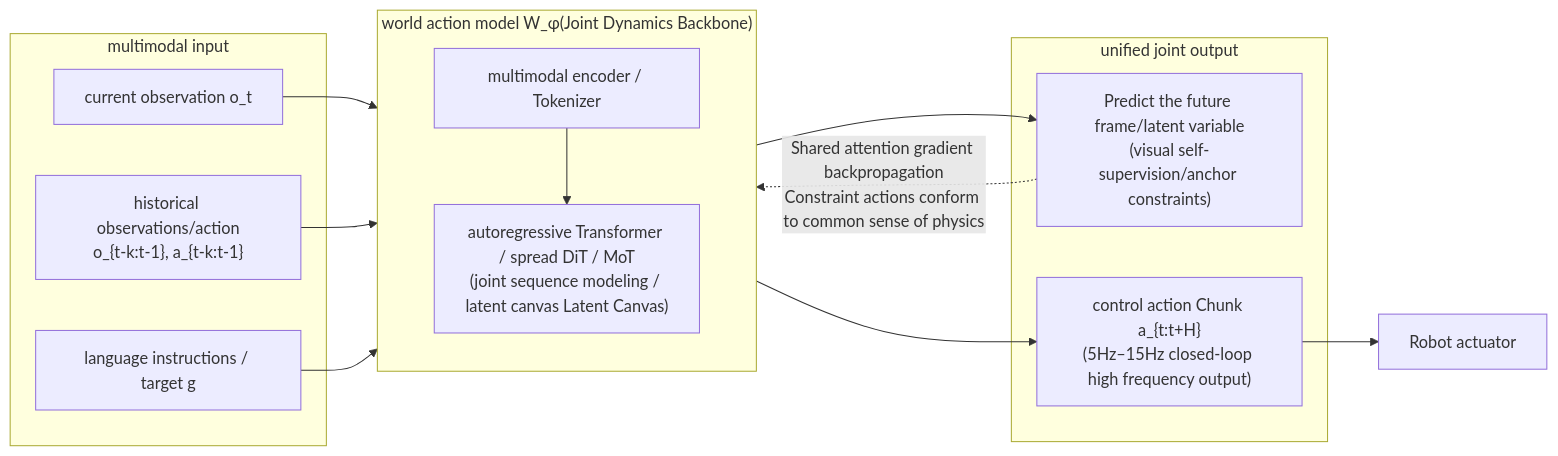
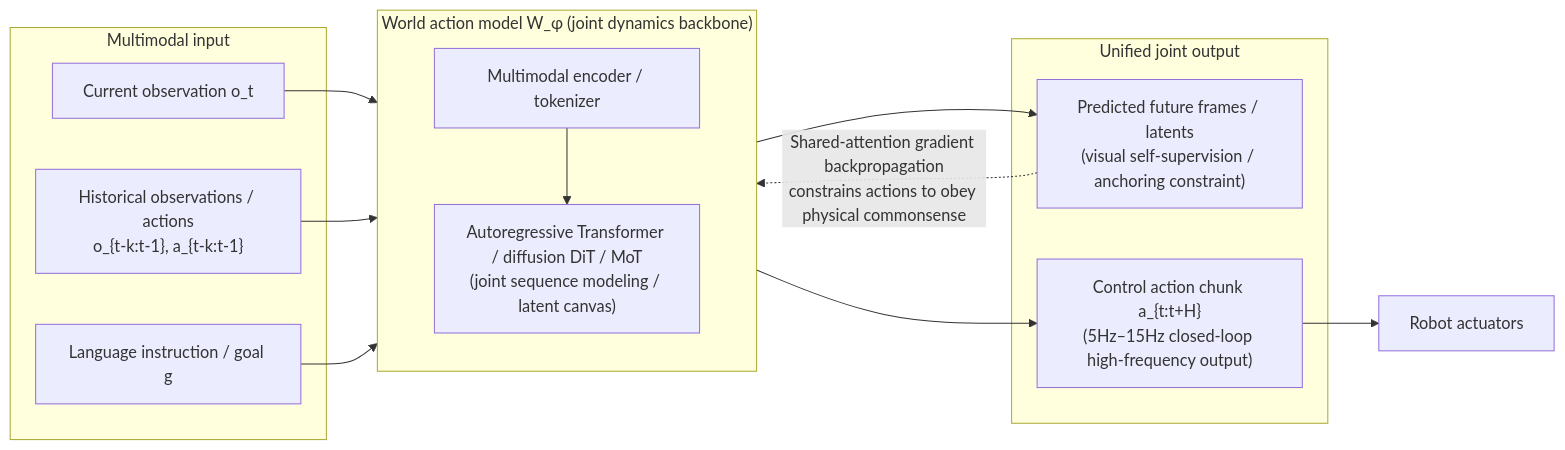
The sixth of 11 diagrams in _translations/en/research/World-Models-Survey.md (TingdeLiu/tingdeliu.github.io), drawn with Mermaid before and after one commit. The commit also changed other lines of this file and 51 other files, not shown here.

````diff
--- a/_translations/en/research/World-Models-Survey.md
+++ b/_translations/en/research/World-Models-Survey.md
@@ -1200,23 +1200,23 @@
 ```mermaid
 flowchart LR
-    subgraph IN["multimodal input"]
-        O_t["current observation o_t"]
-        H["historical observations/action<br/>o_{t-k:t-1}, a_{t-k:t-1}"]
-        L["language instructions / target g"]
+    subgraph IN["Multimodal input"]
+        O_t["Current observation o_t"]
+        H["Historical observations / actions<br/>o_{t-k:t-1}, a_{t-k:t-1}"]
+        L["Language instruction / goal g"]
     end
-    subgraph WM["world action model W_φ(Joint Dynamics Backbone)"]
+    subgraph WM["World action model W_φ (joint dynamics backbone)"]
         direction TB
-        Enc["multimodal encoder / Tokenizer"] --> Joint["autoregressive Transformer / spread DiT / MoT\n(joint sequence modeling / latent canvas Latent Canvas)"]
+        Enc["Multimodal encoder / tokenizer"] --> Joint["Autoregressive Transformer / diffusion DiT / MoT\n(joint sequence modeling / latent canvas)"]
     end
-    subgraph OUT["unified joint output"]
-        O1["Predict the future frame/latent variable\n(visual self-supervision/anchor constraints)"]
-        A1["control action Chunk a_{t:t+H}\n(5Hz–15Hz closed-loop high frequency output)"]
+    subgraph OUT["Unified joint output"]
+        O1["Predicted future frames / latents\n(visual self-supervision / anchoring constraint)"]
+        A1["Control action chunk a_{t:t+H}\n(5Hz–15Hz closed-loop high-frequency output)"]
     end
     O_t --> Enc
     H --> Enc
     L --> Enc
     Joint --> O1
     Joint --> A1
-    A1 --> Robot["Robot actuator"]
-    O1 -.->|"Shared attention gradient backpropagation\nConstraint actions conform to common sense of physics"| Joint
+    A1 --> Robot["Robot actuators"]
+    O1 -.->|"Shared-attention gradient backpropagation\nconstrains actions to obey physical commonsense"| Joint
 ```
````
